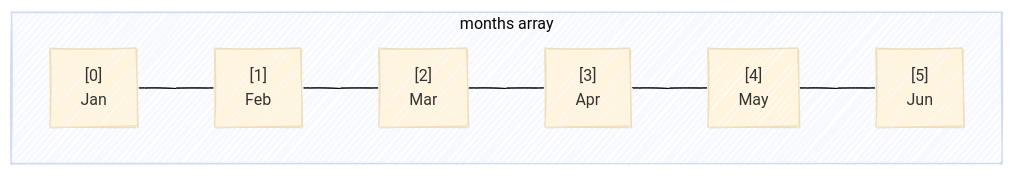
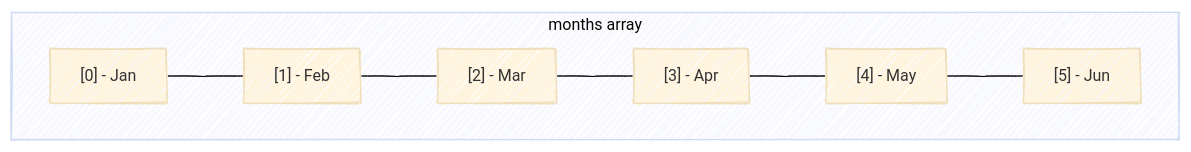
Before and after one commit to jimmy706/junedang-blog-pages: the second of 9 diagrams in jekyll/array-fundamentals.md, drawn with Mermaid (base theme). The commit also changed other lines of this file, not shown here.

```diff
--- a/jekyll/array-fundamentals.md
+++ b/jekyll/array-fundamentals.md
@@ -112,11 +113,11 @@
 <pre class="mermaid">
 ---
 config:
   look: handDrawn
 ---
 flowchart LR
     subgraph Months["months array"]
         direction LR
-        A0["[0]\nJan"] --- A1["[1]\nFeb"] --- A2["[2]\nMar"] --- A3["[3]\nApr"] --- A4["[4]\nMay"] --- A5["[5]\nJun"]
+        A0["[0] - Jan"] --- A1["[1] - Feb"] --- A2["[2] - Mar"] --- A3["[3] - Apr"] --- A4["[4] - May"] --- A5["[5] - Jun"]
     end
 </pre>
```
